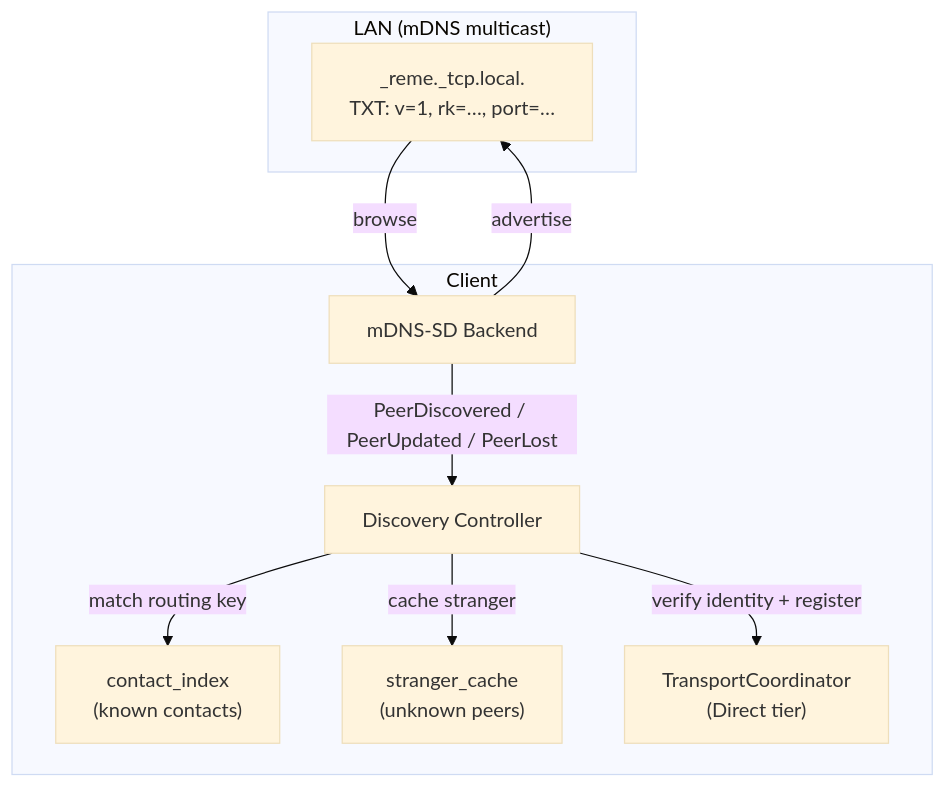
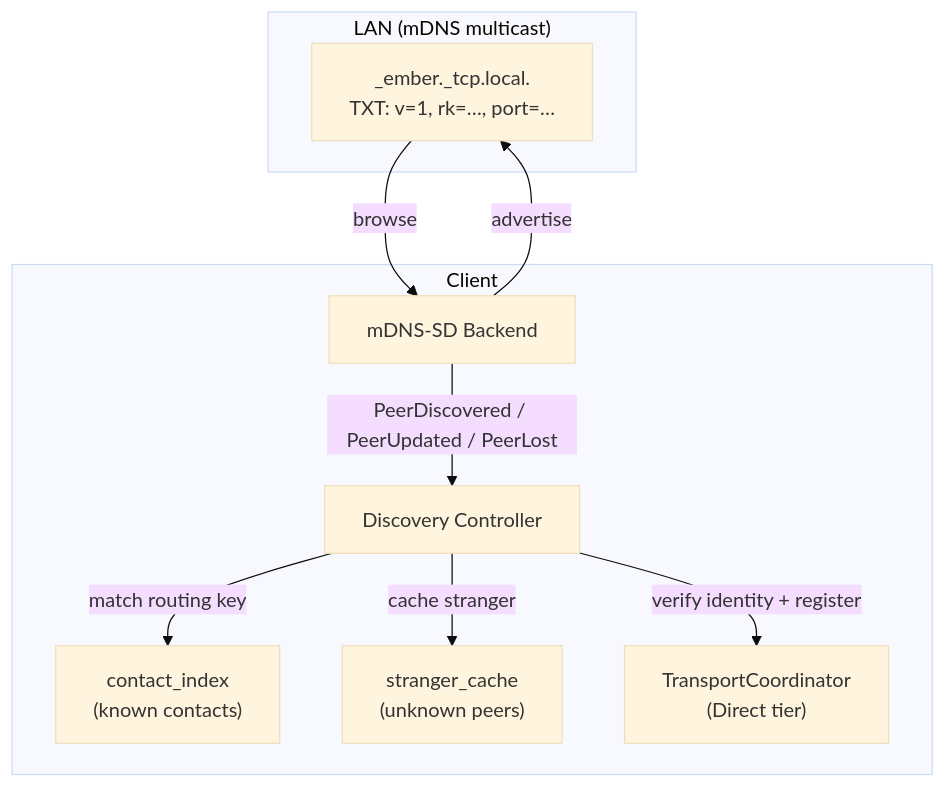
Before and after one commit to leon0399/ember: the first of 3 diagrams in docs/lan-discovery.md, drawn with Mermaid (base theme). The commit also changed other lines of this file and 177 other files, not shown here.

First line of the commit message:
feat!: rename project from reme to ember

````diff
--- a/docs/lan-discovery.md
+++ b/docs/lan-discovery.md
@@ -12,21 +12,21 @@
 ```mermaid
 flowchart TD
     subgraph "LAN (mDNS multicast)"
-        SVC["_reme._tcp.local.<br/>TXT: v=1, rk=…, port=…"]
+        SVC["_ember._tcp.local.<br/>TXT: v=1, rk=…, port=…"]
     end
 
     subgraph "Client"
         BE["mDNS-SD Backend"]
         DC["Discovery Controller"]
         CI["contact_index<br/>(known contacts)"]
         SC["stranger_cache<br/>(unknown peers)"]
         TC["TransportCoordinator<br/>(Direct tier)"]
     end
 
     BE -- "advertise" --> SVC
     SVC -- "browse" --> BE
     BE -- "PeerDiscovered / PeerUpdated / PeerLost" --> DC
     DC -- "match routing key" --> CI
     DC -- "cache stranger" --> SC
     DC -- "verify identity + register" --> TC
 ```
````
